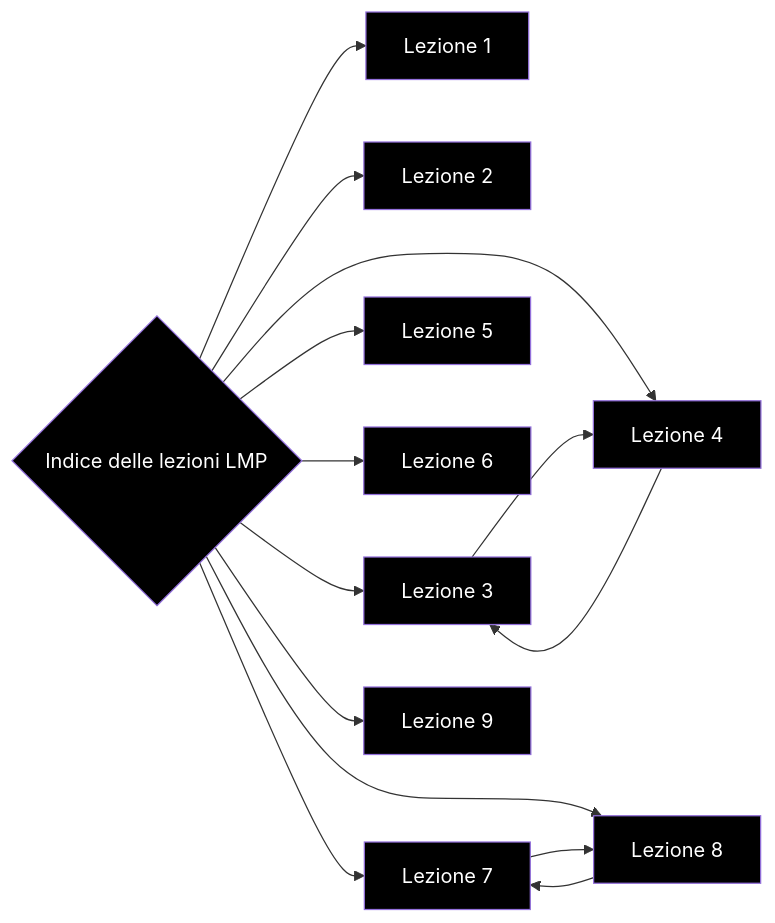
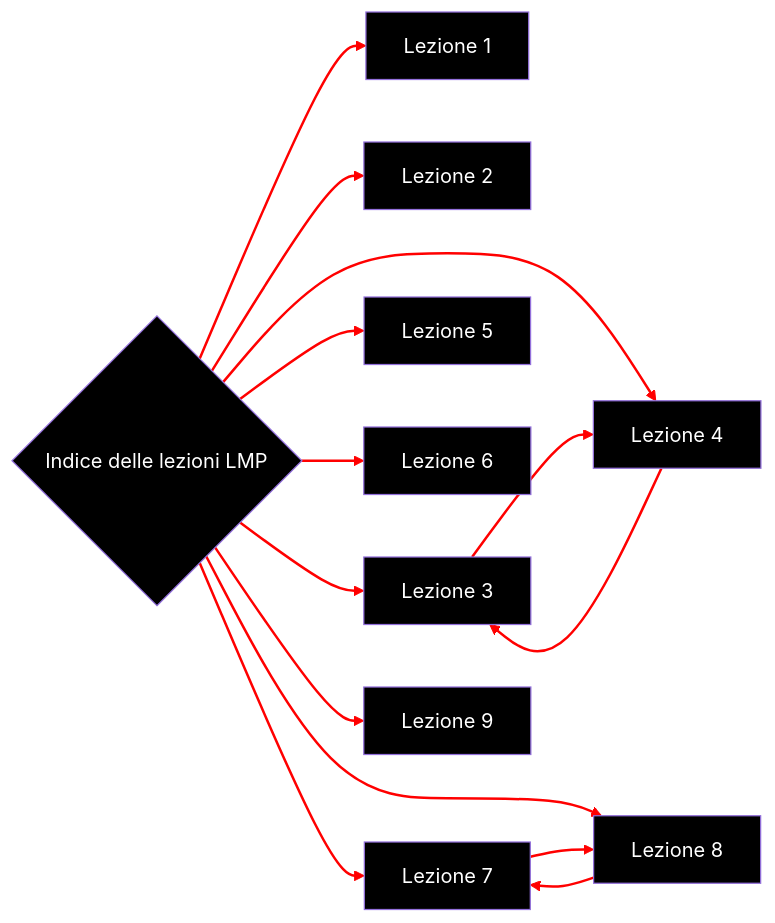
The diagram in Appunti ASD/MOD I/Indice degli appunti ASD.md (francosalvucci14/Appunti-II-anno), drawn with Mermaid before and after one commit.

Commit message:
vault backup: 2022-11-16 11:46:01

````diff
--- a/Appunti ASD/MOD I/Indice degli appunti ASD.md
+++ b/Appunti ASD/MOD I/Indice degli appunti ASD.md
@@ -17,37 +17,31 @@
 ```mermaid
 graph LR
 	A{Indice delle lezioni LMP}
 	B[Lezione 1]
 	C[Lezione 2]
 	D[Lezione 3]
 	E[Lezione 4]
 	F[Lezione 5]
 	G[Lezione 6]
 	H[Lezione 7]
 	I[Lezione 8]
 	J[Lezione 9]
+	
+	linkStyle default stroke-width:2px,fill:none,stroke:red,color:red
 
 	style A fill:black, color:#fff
 	style B fill:black, color:#fff
 	style C fill:black, color:#fff
 	style D fill:black, color:#fff
 	style E fill:black, color:#fff
 	style F fill:black, color:#fff
 	style G fill:black, color:#fff
 	style H fill:black, color:#fff
 	style I fill:black, color:#fff
 	style J fill:black, color:#fff
-	A-->B
-	A-->C
-	A-->D
-	A-->E
-	A-->F
-	A-->G
-	A-->H
-	A-->I
-	A-->J
+	A-->B & C & D & E & F & G & H & I & J
 	H-->I
 	I-->H
 	D-->E
 	E-->D
 ```
````
